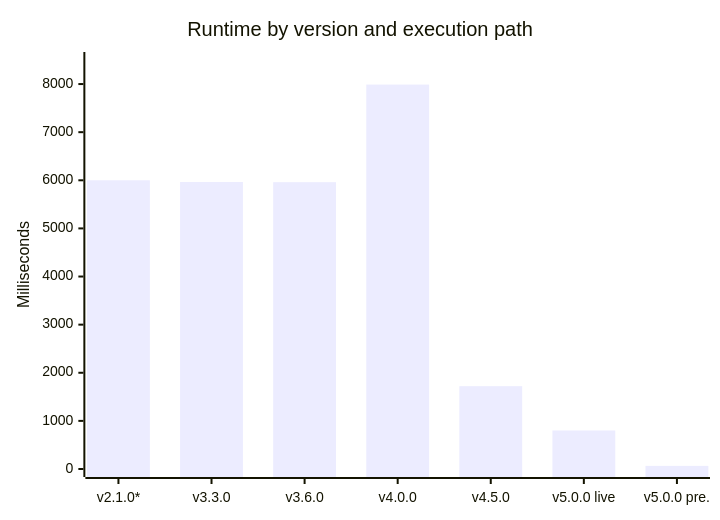
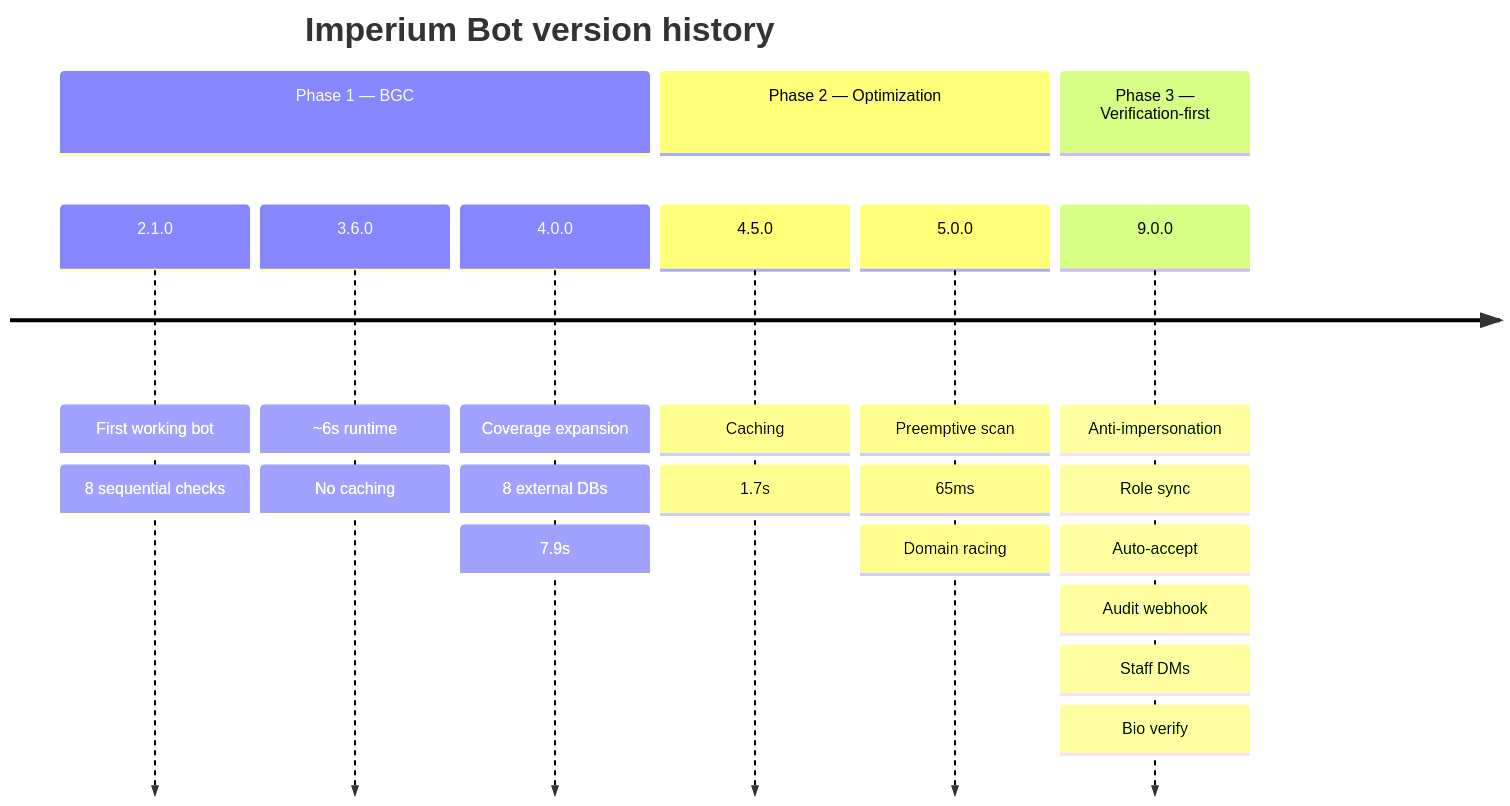
Before and after one commit to pizzarobloxh/bgc-bot: diagram 18 of 23 in operating_documents.md, drawn with Mermaid. The commit also changed other lines of this file, not shown here.

````diff
--- a/operating_documents.md
+++ b/operating_documents.md
@@ -35,7 +1145,14 @@
 ```mermaid
-xychart-beta
-    title "Runtime by version and execution path"
-    x-axis ["v2.1.0*", "v3.3.0", "v3.6.0", "v4.0.0", "v4.5.0", "v5.0.0 live", "v5.0.0 pre."]
-    y-axis "Milliseconds" 0 --> 8500
-    bar [6000, 5965, 5961, 7989, 1721, 801, 65]
+timeline
+    title Imperium Bot version history
+    section Phase 1 — BGC
+        2.1.0 : First working bot : 8 sequential checks
+        3.6.0 : ~6s runtime : No caching
+        4.0.0 : Coverage expansion : 8 external DBs : 7.9s
+    section Phase 2 — Optimization
+        4.5.0 : Caching : 1.7s
+        5.0.0 : Preemptive scan : 65ms : Domain racing
+    section Phase 3 — Verification-first
+        9.0.0 : Anti-impersonation : Role sync : Auto-accept
+              : Audit webhook : Staff DMs : Bio verify
 ```
````
